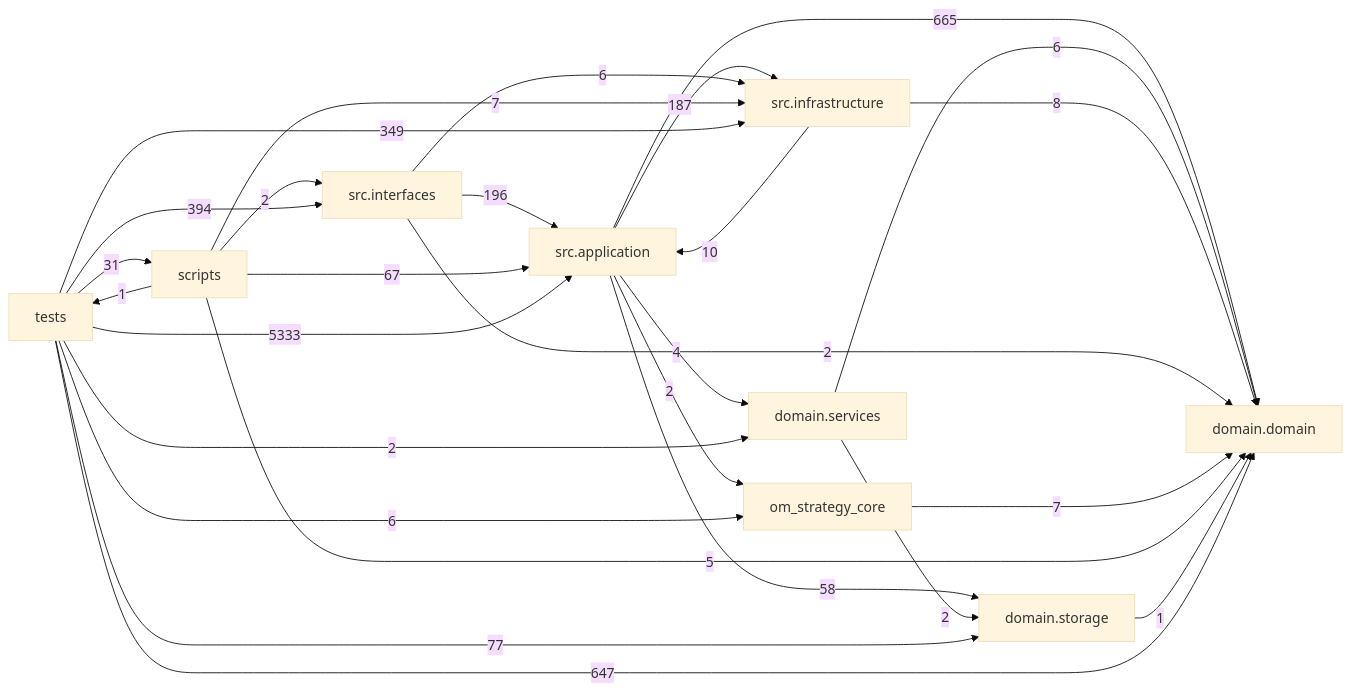
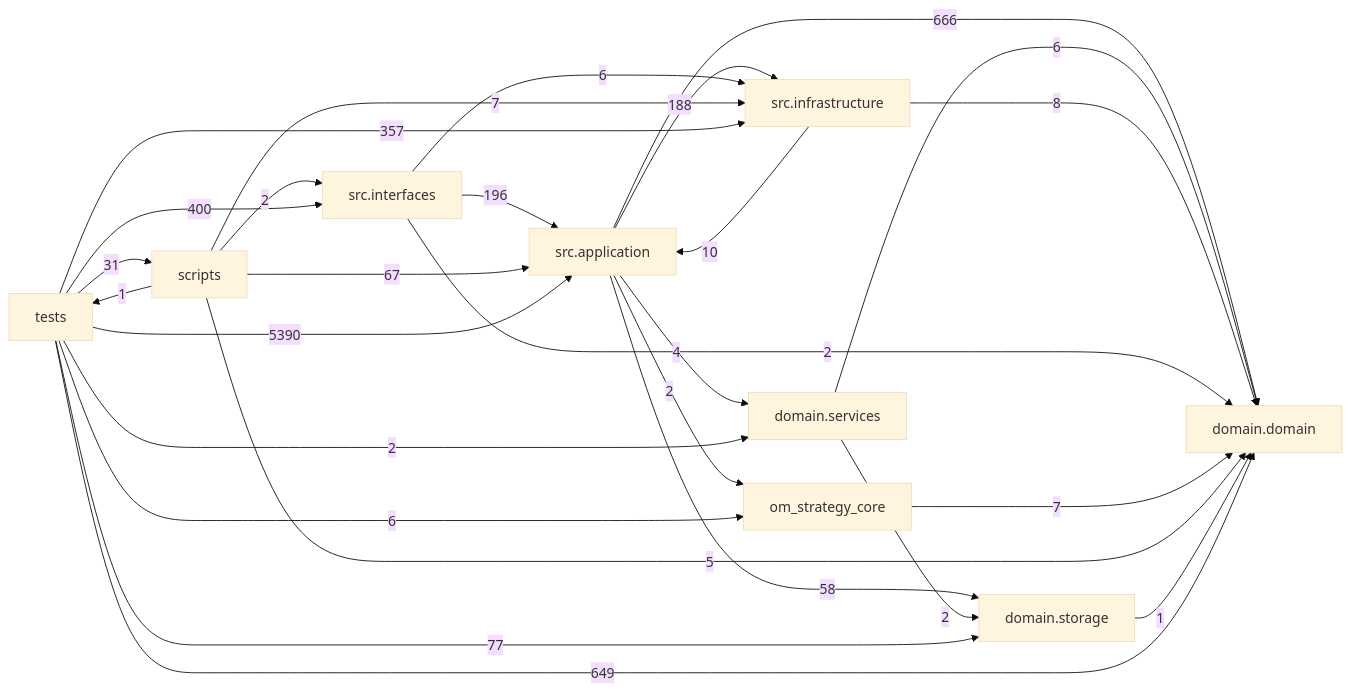
One commit to liuxie066/options-monitor changed the diagram in docs/DEPENDENCY_GRAPH.md. Above: the diagram before and after it, drawn with Mermaid (base theme). The commit also changed other lines of this file and 50 other files, not shown here.

````diff
--- a/docs/DEPENDENCY_GRAPH.md
+++ b/docs/DEPENDENCY_GRAPH.md
@@ -24,38 +24,38 @@
 ```mermaid
 flowchart LR
   tests["tests"]
   scripts["scripts"]
   interfaces["src.interfaces"]
   application["src.application"]
   infrastructure["src.infrastructure"]
   domain_services["domain.services"]
   domain["domain.domain"]
   storage["domain.storage"]
-  application -->|665| domain
+  application -->|666| domain
   application -->|4| domain_services
-  application -->|187| infrastructure
+  application -->|188| infrastructure
   application -->|2| om_strategy_core
   application -->|58| storage
   domain_services -->|6| domain
   domain_services -->|2| storage
   infrastructure -->|10| application
   infrastructure -->|8| domain
   interfaces -->|196| application
   interfaces -->|2| domain
   interfaces -->|6| infrastructure
   om_strategy_core -->|7| domain
   scripts -->|67| application
   scripts -->|5| domain
   scripts -->|7| infrastructure
   scripts -->|2| interfaces
   scripts -->|1| tests
   storage -->|1| domain
-  tests -->|5333| application
-  tests -->|647| domain
+  tests -->|5390| application
+  tests -->|649| domain
   tests -->|2| domain_services
-  tests -->|349| infrastructure
-  tests -->|394| interfaces
+  tests -->|357| infrastructure
+  tests -->|400| interfaces
   tests -->|6| om_strategy_core
   tests -->|31| scripts
   tests -->|77| storage
 ```
````
